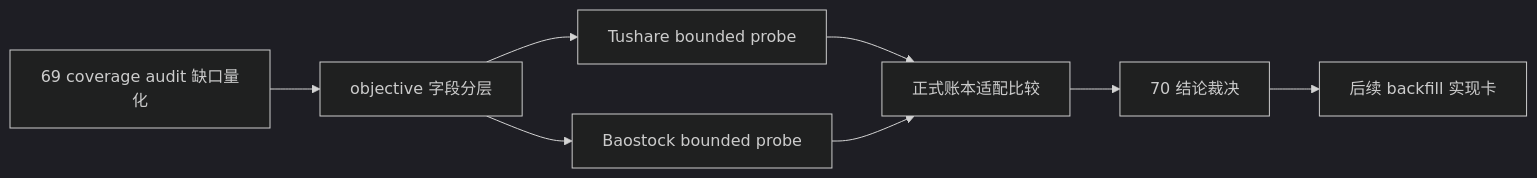
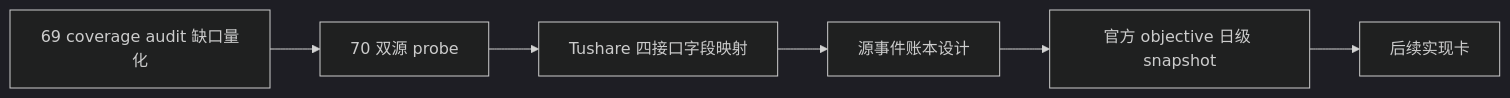
The diagram in docs/01-design/modules/data/07-historical-objective-profile-backfill-source-selection-and-governance-charter-20260415.md (everything-is-simple/lifespan-0.01), drawn with Mermaid (dark theme) before and after one commit. The commit also changed other lines of this file and 5 other files, not shown here.

Commit message:
docs: freeze objective source ledger design

````diff
--- a/docs/01-design/modules/data/07-historical-objective-profile-backfill-source-selection-and-governance-charter-20260415.md
+++ b/docs/01-design/modules/data/07-historical-objective-profile-backfill-source-selection-and-governance-charter-20260415.md
@@ -120,10 +145,8 @@
 ```mermaid
 flowchart LR
-    AUDIT["69 coverage audit 缺口量化"] --> LAYER["objective 字段分层"]
-    LAYER --> TSH["Tushare bounded probe"]
-    LAYER --> BSK["Baostock bounded probe"]
-    TSH --> CMP["正式账本适配比较"]
-    BSK --> CMP
-    CMP --> DEC["70 结论裁决"]
-    DEC --> NEXT["后续 backfill 实现卡"]
+    AUDIT["69 coverage audit 缺口量化"] --> PROBE["70 双源 probe"]
+    PROBE --> MAP["Tushare 四接口字段映射"]
+    MAP --> LEDGER["源事件账本设计"]
+    LEDGER --> SNAP["官方 objective 日级 snapshot"]
+    SNAP --> NEXT["后续实现卡"]
 ```
````
